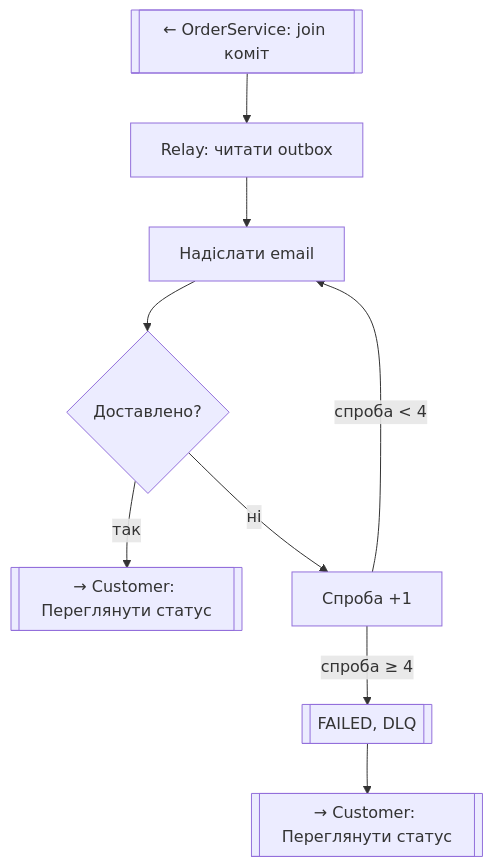
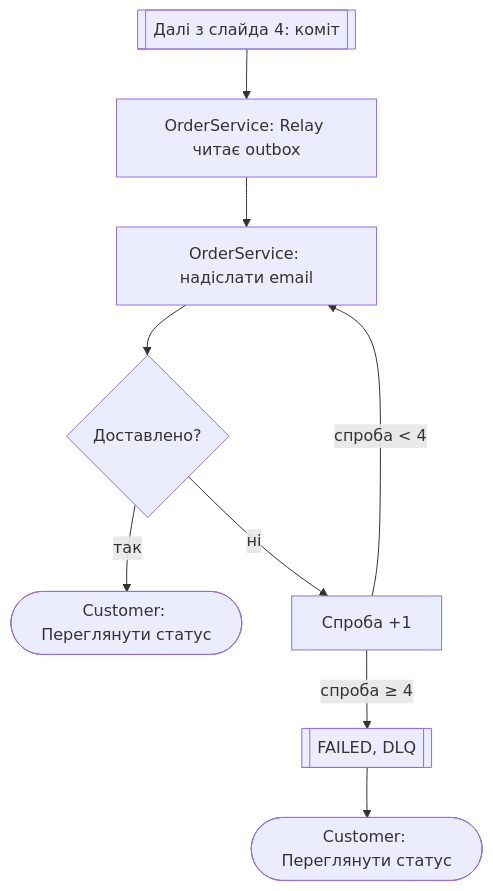
Before and after one commit to Stefect/Modeling-and-Analysis-of-Software-Requirements: the fifth of 6 diagrams in task-4/activity.md, drawn with Mermaid. The commit also changed other lines of this file and 3 other files, not shown here.

````diff
--- a/task-4/activity.md
+++ b/task-4/activity.md
@@ -77,11 +59,11 @@
 ```mermaid
 flowchart TB
-    R0in[[← OrderService: join коміт]] --> R1[Relay: читати outbox]
-    R1 --> R2[Надіслати email]
+    IN5[[Далі з слайда 4: коміт]] --> R1[OrderService: Relay читає outbox]
+    R1 --> R2[OrderService: надіслати email]
     R2 --> R3{Доставлено?}
-    R3 -- так --> R3out[[→ Customer: Переглянути статус]]
+    R3 -- так --> C3c([Customer: Переглянути статус])
     R3 -- ні --> R4[Спроба +1]
     R4 -- спроба < 4 --> R2
     R4 -- спроба ≥ 4 --> R5[[FAILED, DLQ]]
-    R5 --> R5out[[→ Customer: Переглянути статус]]
+    R5 --> C3d([Customer: Переглянути статус])
 ```
````
